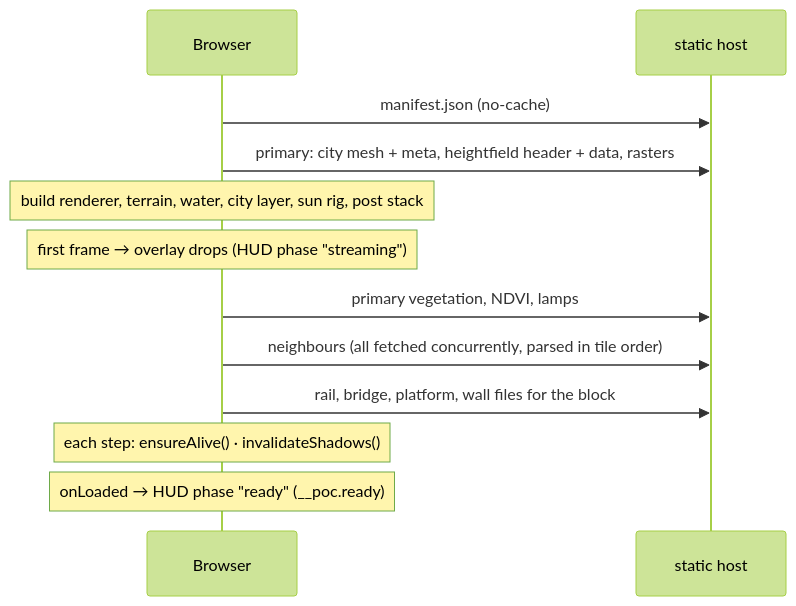
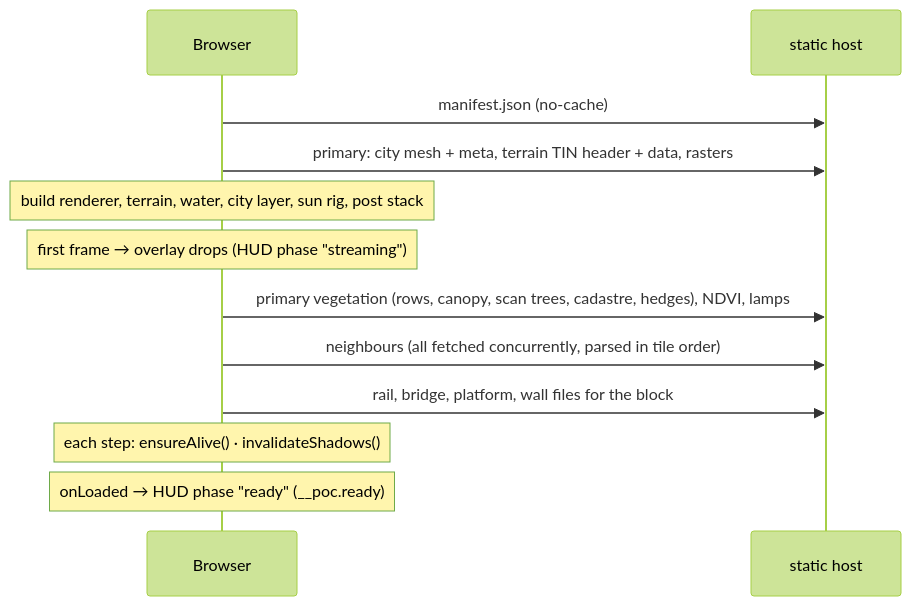
Before and after one commit to mdugue/bridge: the second of 2 diagrams in docs/rendering.md, drawn with Mermaid (forest theme). The commit also changed other lines of this file and 17 other files, not shown here.

First line of the commit message:
docs: TIN, cadastre, scan trees and hedges are shipped

````diff
--- a/docs/rendering.md
+++ b/docs/rendering.md
@@ -154,14 +157,14 @@
 ```mermaid
 sequenceDiagram
   participant B as Browser
   participant S as static host
   B->>S: manifest.json (no-cache)
-  B->>S: primary: city mesh + meta, heightfield header + data, rasters
+  B->>S: primary: city mesh + meta, terrain TIN header + data, rasters
   Note over B: build renderer, terrain, water, city layer, sun rig, post stack
   Note over B: first frame → overlay drops (HUD phase "streaming")
-  B->>S: primary vegetation, NDVI, lamps
+  B->>S: primary vegetation (rows, canopy, scan trees, cadastre, hedges), NDVI, lamps
   B->>S: neighbours (all fetched concurrently, parsed in tile order)
   B->>S: rail, bridge, platform, wall files for the block
   Note over B: each step: ensureAlive() · invalidateShadows()
   Note over B: onLoaded → HUD phase "ready" (__poc.ready)
 ```
````
